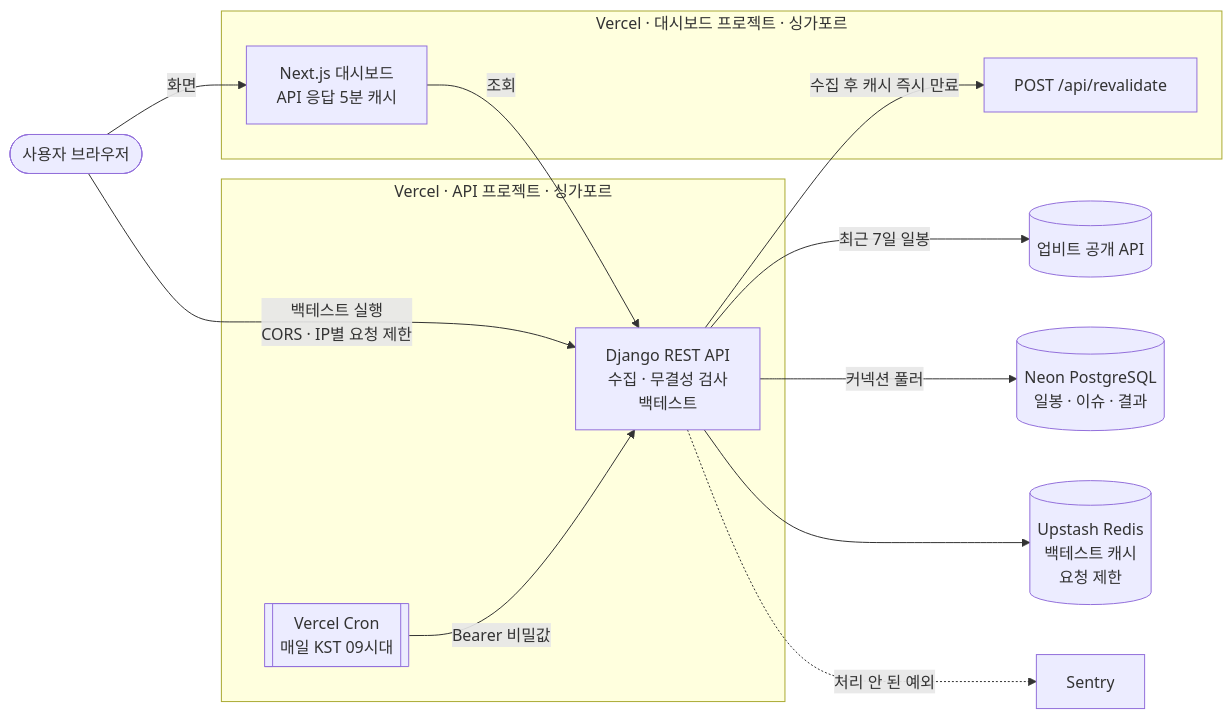
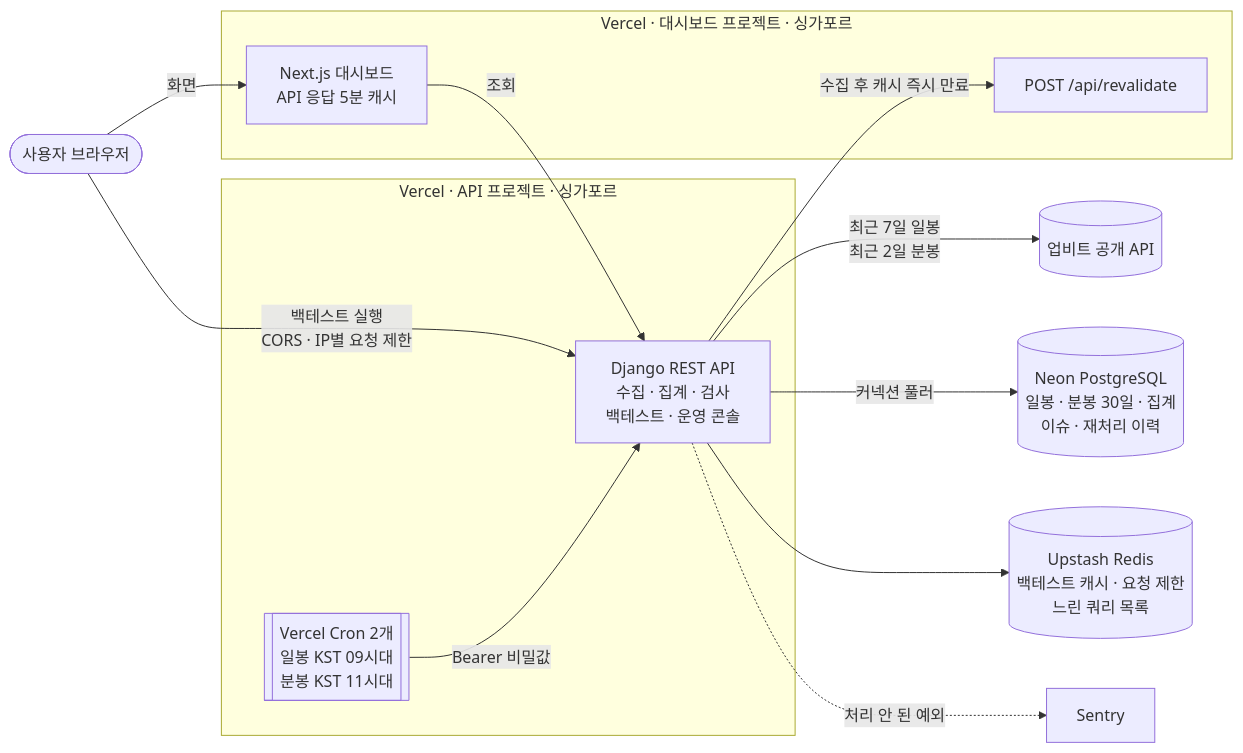
The diagram in README.md (oofy-sotry/crypto-quant-lab), drawn with Mermaid before and after one commit. The commit also changed other lines of this file, not shown here.

Commit message:
docs(readme): README.md — 소개·아키텍처 그림에 분봉 Cron·운영 콘솔·느린 쿼리 반영

````diff
--- a/README.md
+++ b/README.md
@@ -29,29 +29,29 @@
 ```mermaid
 flowchart LR
     user([사용자 브라우저])
     upbit[(업비트 공개 API)]
 
     subgraph vercel_front [Vercel · 대시보드 프로젝트 · 싱가포르]
         next[Next.js 대시보드<br/>API 응답 5분 캐시]
         reval["POST /api/revalidate"]
     end
 
     subgraph vercel_back [Vercel · API 프로젝트 · 싱가포르]
-        cron[[Vercel Cron<br/>매일 KST 09시대]]
-        api[Django REST API<br/>수집 · 무결성 검사<br/>백테스트]
+        cron[[Vercel Cron 2개<br/>일봉 KST 09시대<br/>분봉 KST 11시대]]
+        api[Django REST API<br/>수집 · 집계 · 검사<br/>백테스트 · 운영 콘솔]
     end
 
-    db[(Neon PostgreSQL<br/>일봉 · 이슈 · 결과)]
-    redis[(Upstash Redis<br/>백테스트 캐시<br/>요청 제한)]
+    db[(Neon PostgreSQL<br/>일봉 · 분봉 30일 · 집계<br/>이슈 · 재처리 이력)]
+    redis[(Upstash Redis<br/>백테스트 캐시 · 요청 제한<br/>느린 쿼리 목록)]
     sentry[Sentry]
 
     user -- 화면 --> next
     next -- 조회 --> api
     user -- 백테스트 실행<br/>CORS · IP별 요청 제한 --> api
     cron -- Bearer 비밀값 --> api
-    api -- 최근 7일 일봉 --> upbit
+    api -- 최근 7일 일봉<br/>최근 2일 분봉 --> upbit
     api -- 커넥션 풀러 --> db
     api --> redis
     api -- 수집 후 캐시 즉시 만료 --> reval
     api -. 처리 안 된 예외 .-> sentry
 ```
````
